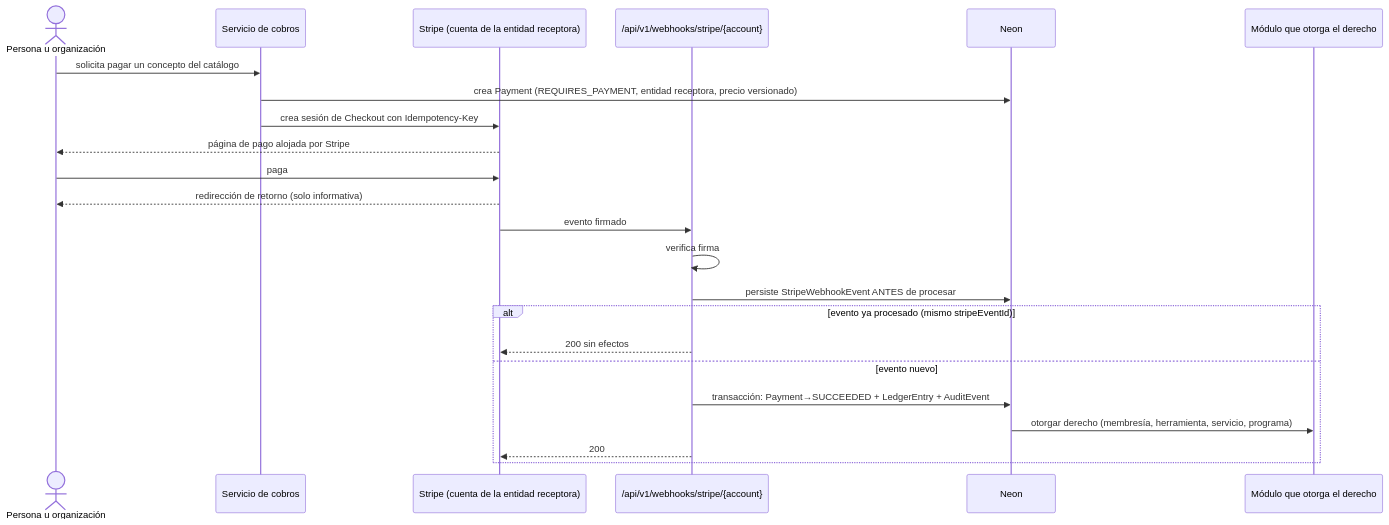
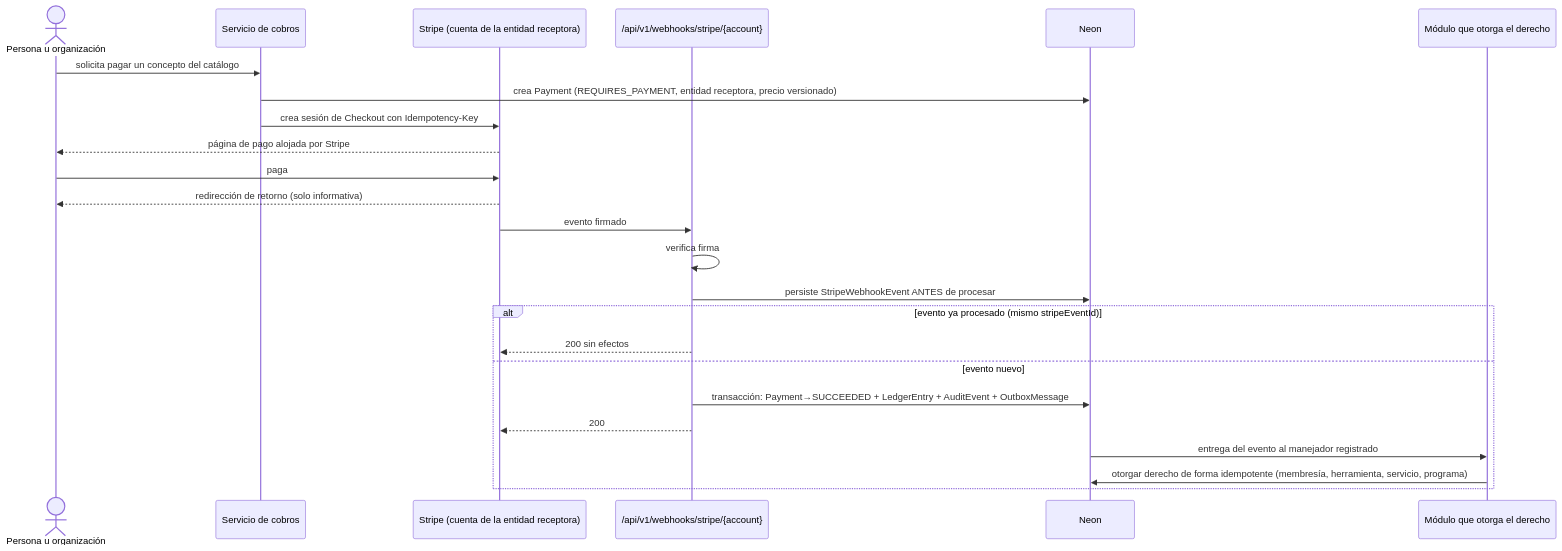
The third of 10 diagrams in docs/FLOWS.md (Alianza-Indigo/fuerza_indigo), drawn with Mermaid before and after one commit. The commit also changed other lines of this file and 14 other files, not shown here.

````diff
--- a/docs/FLOWS.md
+++ b/docs/FLOWS.md
@@ -162,26 +162,27 @@
 ```mermaid
 sequenceDiagram
     actor P as Persona u organización
     participant APP as Servicio de cobros
     participant STR as Stripe (cuenta de la entidad receptora)
     participant WH as /api/v1/webhooks/stripe/{account}
     participant DB as Neon
     participant ENT as Módulo que otorga el derecho
 
     P->>APP: solicita pagar un concepto del catálogo
     APP->>DB: crea Payment (REQUIRES_PAYMENT, entidad receptora, precio versionado)
     APP->>STR: crea sesión de Checkout con Idempotency-Key
     STR-->>P: página de pago alojada por Stripe
     P->>STR: paga
     STR-->>P: redirección de retorno (solo informativa)
     STR->>WH: evento firmado
     WH->>WH: verifica firma
     WH->>DB: persiste StripeWebhookEvent ANTES de procesar
     alt evento ya procesado (mismo stripeEventId)
         WH-->>STR: 200 sin efectos
     else evento nuevo
-        WH->>DB: transacción: Payment→SUCCEEDED + LedgerEntry + AuditEvent
-        DB->>ENT: otorgar derecho (membresía, herramienta, servicio, programa)
+        WH->>DB: transacción: Payment→SUCCEEDED + LedgerEntry + AuditEvent + OutboxMessage
         WH-->>STR: 200
+        DB->>ENT: entrega del evento al manejador registrado
+        ENT->>DB: otorgar derecho de forma idempotente (membresía, herramienta, servicio, programa)
     end
 ```
````
